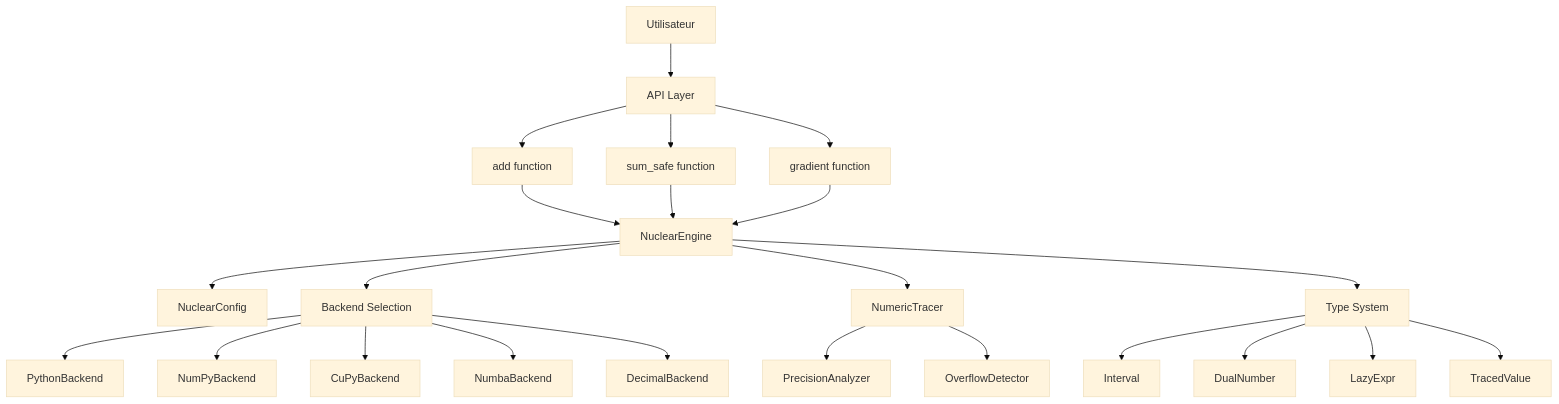
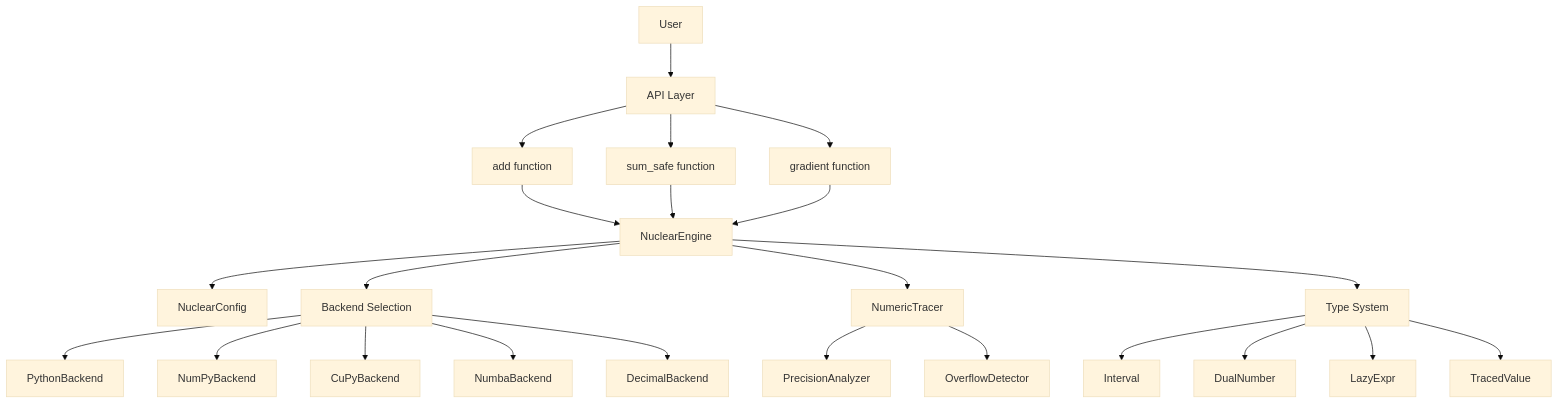
The first of 8 diagrams in docs/diagrams.md (Zerhal/nuclear-add), drawn with Mermaid (base theme) before and after one commit. The commit also changed other lines of this file and 10 other files, not shown here.

````diff
--- a/docs/diagrams.md
+++ b/docs/diagrams.md
@@ -5,30 +5,30 @@
 ```mermaid
 graph TB
-    User[Utilisateur] --> API[API Layer]
+    User[User] --> API[API Layer]
     API --> add[add function]
     API --> sum_safe[sum_safe function]
     API --> gradient[gradient function]
     
     add --> Engine[NuclearEngine]
     sum_safe --> Engine
     gradient --> Engine
     
     Engine --> Config[NuclearConfig]
     Engine --> Backend[Backend Selection]
     Engine --> Tracer[NumericTracer]
     
     Backend --> Python[PythonBackend]
     Backend --> NumPy[NumPyBackend]
     Backend --> CuPy[CuPyBackend]
     Backend --> Numba[NumbaBackend]
     Backend --> Decimal[DecimalBackend]
     
     Engine --> Types[Type System]
     Types --> Interval[Interval]
     Types --> DualNum[DualNumber]
     Types --> Lazy[LazyExpr]
     Types --> Traced[TracedValue]
     
     Tracer --> Analyzer[PrecisionAnalyzer]
     Tracer --> Detector[OverflowDetector]
 ```
````
